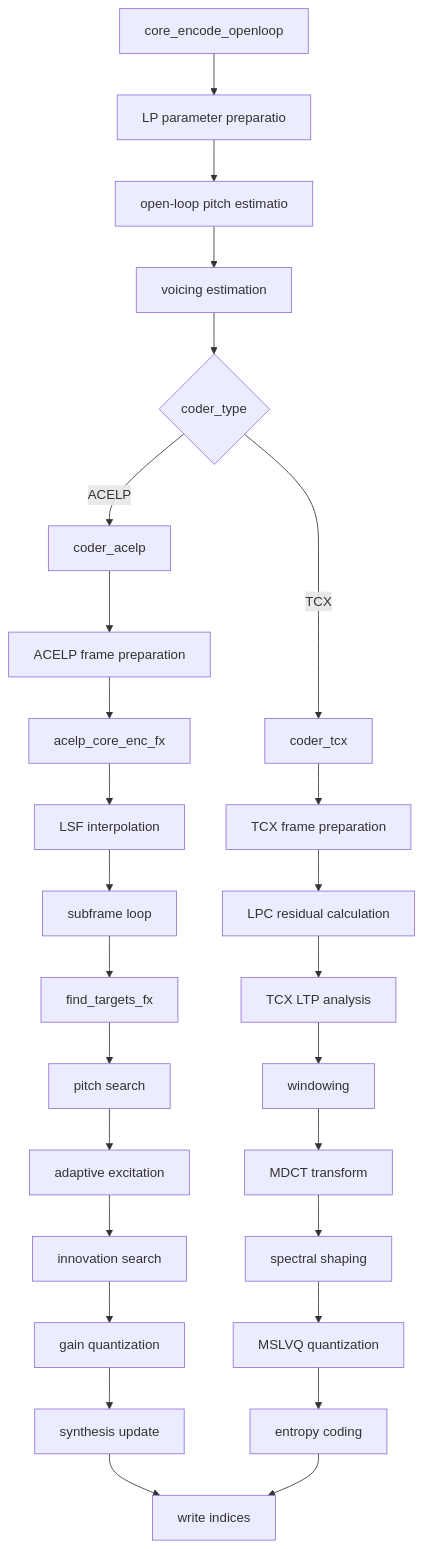
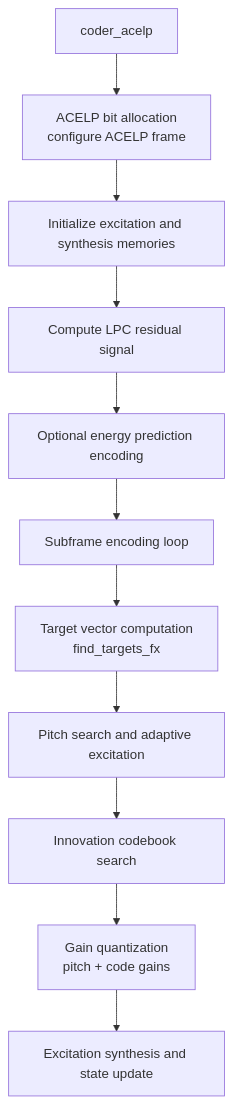
One commit to 20050710212/obsidian_vault changed the sixth of 6 diagrams in EVS/EVS_ENC_Call_Chain_TCX.md. Above: the diagram before and after it, drawn with Mermaid. The commit also changed other lines of this file, not shown here.

Commit message:
update TCX 041403

````diff
--- a/EVS/EVS_ENC_Call_Chain_TCX.md
+++ b/EVS/EVS_ENC_Call_Chain_TCX.md
@@ -123,60 +191,25 @@
 ``` mermaid
 flowchart TD
 
-A[core_encode_openloop]
+A[coder_acelp]
 
-A --> B[LP parameter preparatio]
+A --> B[ACELP bit allocation<br/>configure ACELP frame]
 
-B --> C[open-loop pitch estimatio]
+B --> C[Initialize excitation and synthesis memories]
 
-C --> D[voicing estimation]
+C --> D[Compute LPC residual signal]
 
-D --> E{coder_type}
+D --> E[Optional energy prediction encoding]
 
-E -->|ACELP| F[coder_acelp]
+E --> F[Subframe encoding loop]
 
-E -->|TCX| G[coder_tcx]
+F --> G[Target vector computation<br/>find_targets_fx]
 
+G --> H[Pitch search and adaptive excitation]
 
-%% ACELP path
-F --> F1[ACELP frame preparation]
-F1 --> F2[acelp_core_enc_fx]
+H --> I[Innovation codebook search]
 
-F2 --> F3[LSF interpolation]
+I --> J[Gain quantization<br/>pitch + code gains]
 
-F3 --> F4[subframe loop]
-
-F4 --> F5[find_targets_fx]
-
-F5 --> F6[pitch search]
-
-F6 --> F7[adaptive excitation]
-
-F7 --> F8[innovation search]
-
-F8 --> F9[gain quantization]
-
-F9 --> F10[synthesis update]
-
-F10 --> F11[write indices]
-
-
-%% TCX path
-G --> G1[TCX frame preparation]
-
-G1 --> G2[LPC residual calculation]
-
-G2 --> G3[TCX LTP analysis]
-
-G3 --> G4[windowing]
-
-G4 --> G5[MDCT transform]
-
-G5 --> G6[spectral shaping]
-
-G6 --> G7[MSLVQ quantization]
-
-G7 --> G8[entropy coding]
-
-G8 --> F11
+J --> K[Excitation synthesis and state update]
 ```
````
